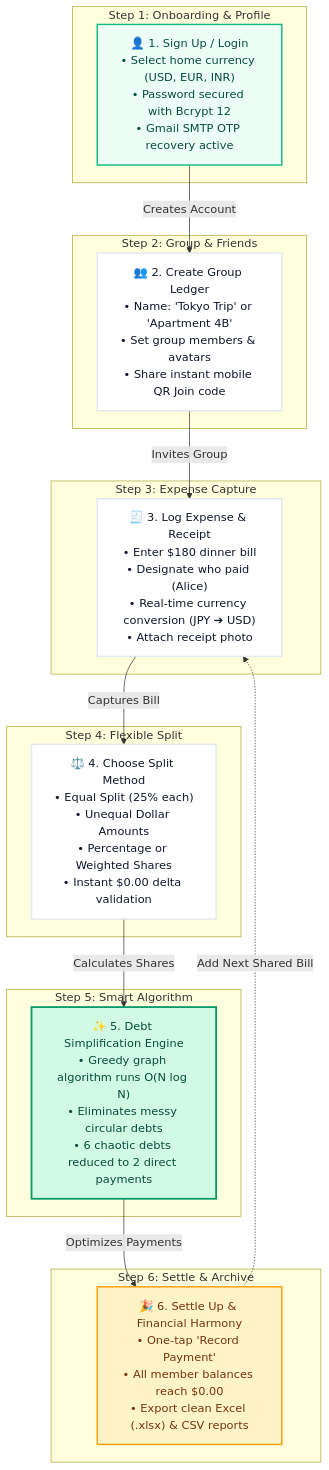
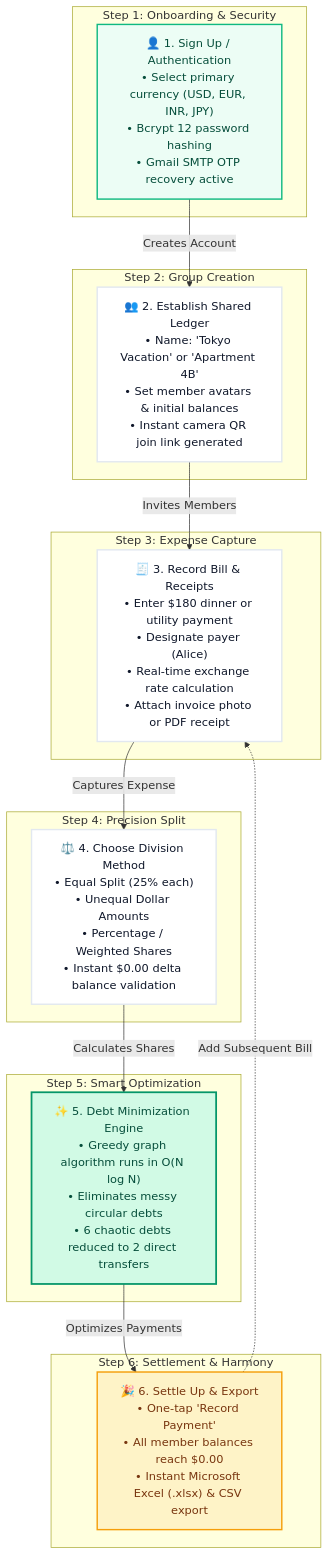
Before and after one commit to Shavitjnr/Split-Chill: the first of 2 diagrams in README.md, drawn with Mermaid. The commit also changed other lines of this file and 2 other files, not shown here.

Commit message:
docs: revamp README with executive luxury styling, animated banners, and comprehensive documentation

````diff
--- a/README.md
+++ b/README.md
@@ -111,40 +115,38 @@
 ```mermaid
 flowchart TD
-  %% Light theme styling matching Split Chill UI
   classDef startStep fill:#ECFDF5,stroke:#10B981,stroke-width:2px,color:#064E3B;
   classDef normalStep fill:#FFFFFF,stroke:#E2E8F0,stroke-width:2px,color:#0F172A;
   classDef activeStep fill:#D1FAE5,stroke:#059669,stroke-width:2.5px,color:#064E3B;
   classDef finishStep fill:#FEF3C7,stroke:#F59E0B,stroke-width:2px,color:#78350F;
 
-  subgraph C1 ["Step 1: Onboarding &amp; Profile"]
-    S1["👤 1. Sign Up / Login<br/>• Select home currency (USD, EUR, INR)<br/>• Password secured with Bcrypt 12<br/>• Gmail SMTP OTP recovery active"]:::startStep
+  subgraph C1 ["Step 1: Onboarding & Security"]
+    S1["👤 1. Sign Up / Authentication<br/>• Select primary currency (USD, EUR, INR, JPY)<br/>• Bcrypt 12 password hashing<br/>• Gmail SMTP OTP recovery active"]:::startStep
   end
 
-  subgraph C2 ["Step 2: Group &amp; Friends"]
-    S2["👥 2. Create Group Ledger<br/>• Name: 'Tokyo Trip' or 'Apartment 4B'<br/>• Set group members &amp; avatars<br/>• Share instant mobile QR Join code"]:::normalStep
+  subgraph C2 ["Step 2: Group Creation"]
+    S2["👥 2. Establish Shared Ledger<br/>• Name: 'Tokyo Vacation' or 'Apartment 4B'<br/>• Set member avatars & initial balances<br/>• Instant camera QR join link generated"]:::normalStep
   end
 
   subgraph C3 ["Step 3: Expense Capture"]
-    S3["🧾 3. Log Expense &amp; Receipt<br/>• Enter $180 dinner bill<br/>• Designate who paid (Alice)<br/>• Real-time currency conversion (JPY ➔ USD)<br/>• Attach receipt photo"]:::normalStep
+    S3["🧾 3. Record Bill & Receipts<br/>• Enter $180 dinner or utility payment<br/>• Designate payer (Alice)<br/>• Real-time exchange rate calculation<br/>• Attach invoice photo or PDF receipt"]:::normalStep
   end
 
-  subgraph C4 ["Step 4: Flexible Split"]
-    S4["⚖️ 4. Choose Split Method<br/>• Equal Split (25% each)<br/>• Unequal Dollar Amounts<br/>• Percentage or Weighted Shares<br/>• Instant $0.00 delta validation"]:::normalStep
+  subgraph C4 ["Step 4: Precision Split"]
+    S4["⚖️ 4. Choose Division Method<br/>• Equal Split (25% each)<br/>• Unequal Dollar Amounts<br/>• Percentage / Weighted Shares<br/>• Instant $0.00 delta balance validation"]:::normalStep
   end
 
-  subgraph C5 ["Step 5: Smart Algorithm"]
-    S5["✨ 5. Debt Simplification Engine<br/>• Greedy graph algorithm runs O(N log N)<br/>• Eliminates messy circular debts<br/>• 6 chaotic debts reduced to 2 direct payments"]:::activeStep
+  subgraph C5 ["Step 5: Smart Optimization"]
+    S5["✨ 5. Debt Minimization Engine<br/>• Greedy graph algorithm runs in O(N log N)<br/>• Eliminates messy circular debts<br/>• 6 chaotic debts reduced to 2 direct transfers"]:::activeStep
   end
 
-  subgraph C6 ["Step 6: Settle &amp; Archive"]
-    S6["🎉 6. Settle Up &amp; Financial Harmony<br/>• One-tap 'Record Payment'<br/>• All member balances reach $0.00<br/>• Export clean Excel (.xlsx) &amp; CSV reports"]:::finishStep
+  subgraph C6 ["Step 6: Settlement & Harmony"]
+    S6["🎉 6. Settle Up & Export<br/>• One-tap 'Record Payment'<br/>• All member balances reach $0.00<br/>• Instant Microsoft Excel (.xlsx) & CSV export"]:::finishStep
   end
 
-  %% Sequential customer flow
   S1 -->|Creates Account| S2
-  S2 -->|Invites Group| S3
-  S3 -->|Captures Bill| S4
+  S2 -->|Invites Members| S3
+  S3 -->|Captures Expense| S4
   S4 -->|Calculates Shares| S5
   S5 -->|Optimizes Payments| S6
-  S6 -.->|Add Next Shared Bill| S3
+  S6 -.->|Add Subsequent Bill| S3
 ```
````
